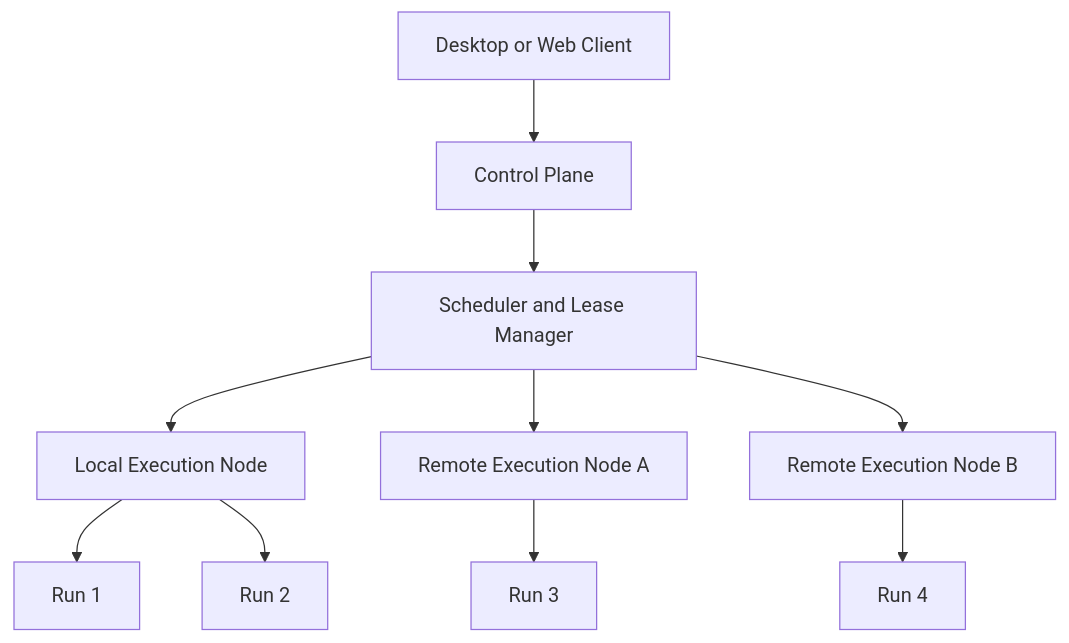
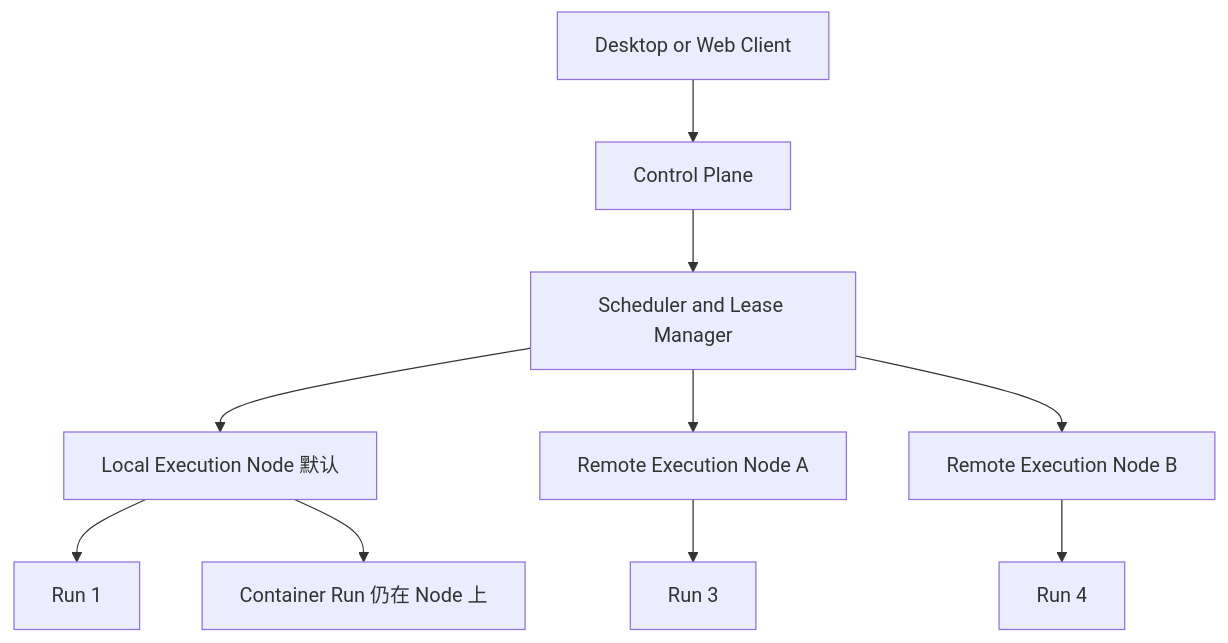
The diagram in docs/diagrams/hybrid-execution-topology.md (nicechencs/workforce), drawn with Mermaid before and after one commit. The commit also changed other lines of this file and 21 other files, not shown here.

First line of the commit message:
docs: freeze execution placements as local default plus remote and container

````diff
--- a/docs/diagrams/hybrid-execution-topology.md
+++ b/docs/diagrams/hybrid-execution-topology.md
@@ -3,12 +5,12 @@
 ```mermaid
 flowchart TB
   Client[Desktop or Web Client] --> Control[Control Plane]
   Control --> Scheduler[Scheduler and Lease Manager]
-  Scheduler --> Local[Local Execution Node]
+  Scheduler --> Local[Local Execution Node 默认]
   Scheduler --> RemoteA[Remote Execution Node A]
   Scheduler --> RemoteB[Remote Execution Node B]
   Local --> L1[Run 1]
-  Local --> L2[Run 2]
+  Local --> L2[Container Run 仍在 Node 上]
   RemoteA --> R1[Run 3]
   RemoteB --> R2[Run 4]
 ```
````
